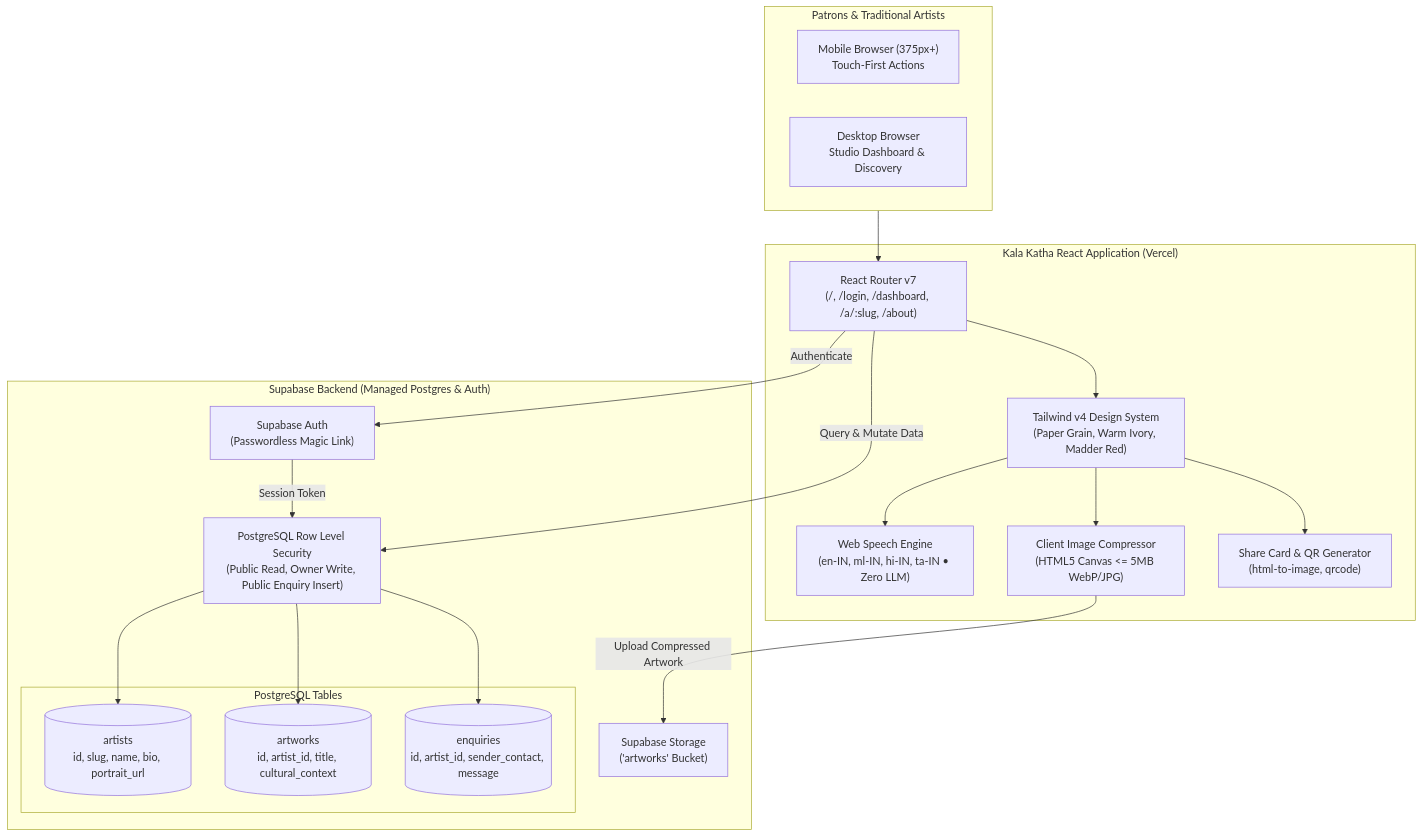
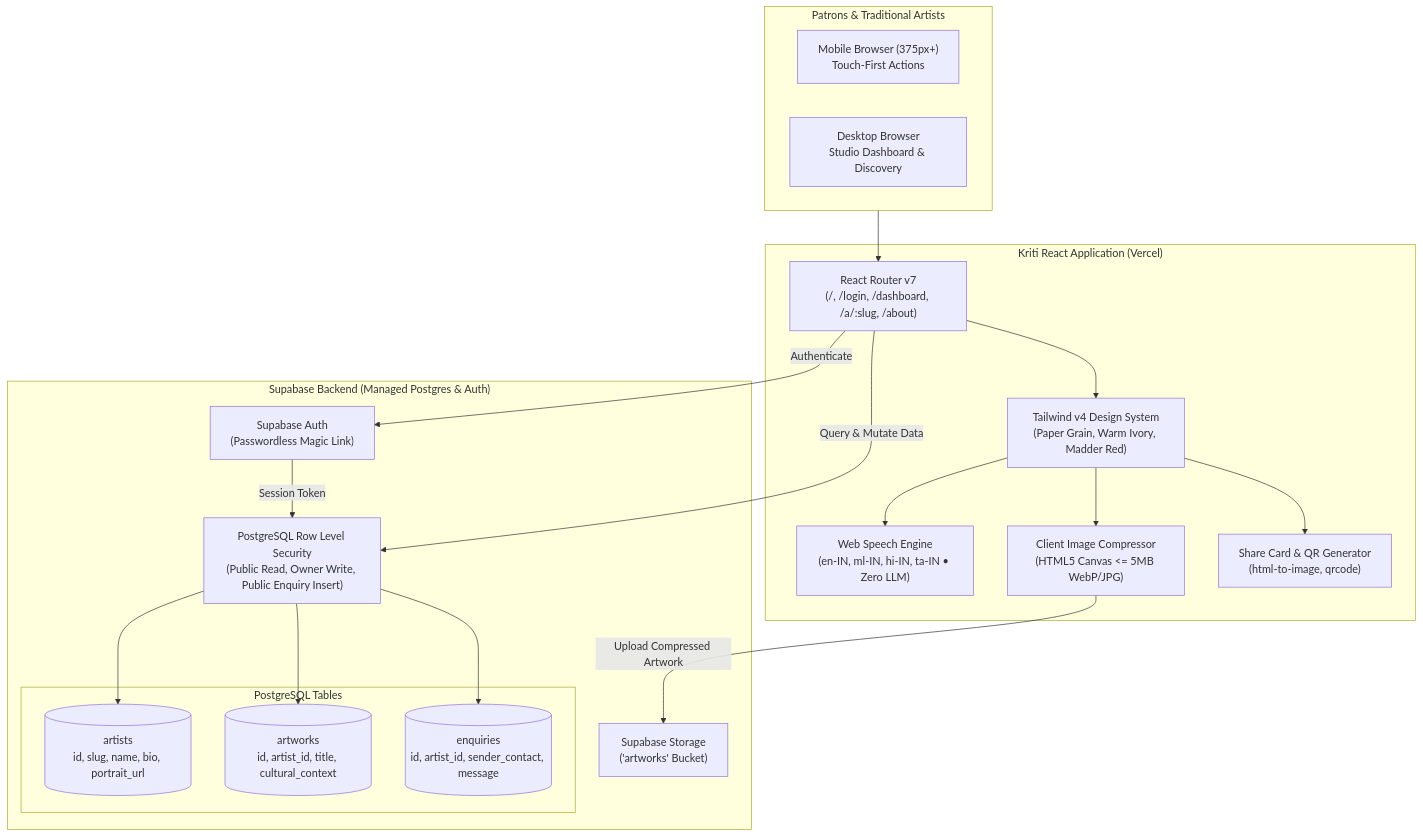
Before and after one commit to sarangikiranofficial/kriti: the diagram in README.md, drawn with Mermaid. The commit also changed other lines of this file and 27 other files, not shown here.

````diff
--- a/README.md
+++ b/README.md
@@ -115,41 +115,41 @@
 ```mermaid
 flowchart TD
     subgraph UserClients ["Patrons & Traditional Artists"]
         MobileClient["Mobile Browser (375px+)<br/>Touch-First Actions"]
         DesktopClient["Desktop Browser<br/>Studio Dashboard & Discovery"]
     end
 
-    subgraph FrontendApp ["Kala Katha React Application (Vercel)"]
+    subgraph FrontendApp ["Kriti React Application (Vercel)"]
         Router["React Router v7<br/>(/, /login, /dashboard, /a/:slug, /about)"]
         DesignSys["Tailwind v4 Design System<br/>(Paper Grain, Warm Ivory, Madder Red)"]
         VoiceModule["Web Speech Engine<br/>(en-IN, ml-IN, hi-IN, ta-IN • Zero LLM)"]
         Compressor["Client Image Compressor<br/>(HTML5 Canvas &lt;= 5MB WebP/JPG)"]
         CardExporter["Share Card &amp; QR Generator<br/>(html-to-image, qrcode)"]
     end
 
     subgraph SupabasePlatform ["Supabase Backend (Managed Postgres &amp; Auth)"]
         AuthService["Supabase Auth<br/>(Passwordless Magic Link)"]
         RLS["PostgreSQL Row Level Security<br/>(Public Read, Owner Write, Public Enquiry Insert)"]
         StorageBucket["Supabase Storage<br/>('artworks' Bucket)"]
         
         subgraph DatabaseTables ["PostgreSQL Tables"]
             T_Artists[("artists<br/>id, slug, name, bio, portrait_url")]
             T_Artworks[("artworks<br/>id, artist_id, title, cultural_context")]
             T_Enquiries[("enquiries<br/>id, artist_id, sender_contact, message")]
         end
     end
 
     UserClients --> Router
     Router --> DesignSys
     DesignSys --> VoiceModule
     DesignSys --> Compressor
     DesignSys --> CardExporter
     
     Compressor -->|Upload Compressed Artwork| StorageBucket
     AuthService -->|Session Token| RLS
     Router -->|Authenticate| AuthService
     Router -->|Query &amp; Mutate Data| RLS
     RLS --> T_Artists
     RLS --> T_Artworks
     RLS --> T_Enquiries
 ```
````
